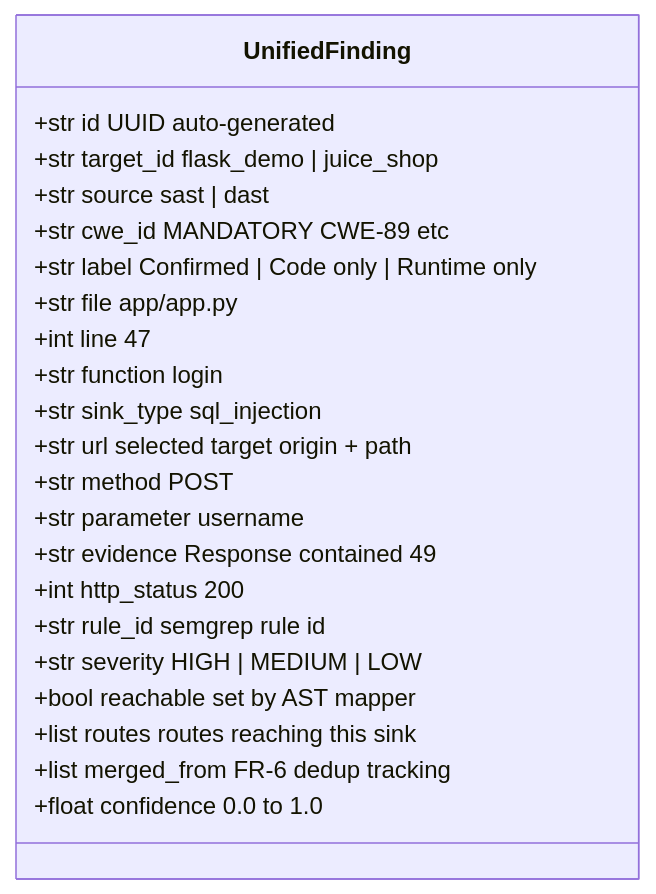
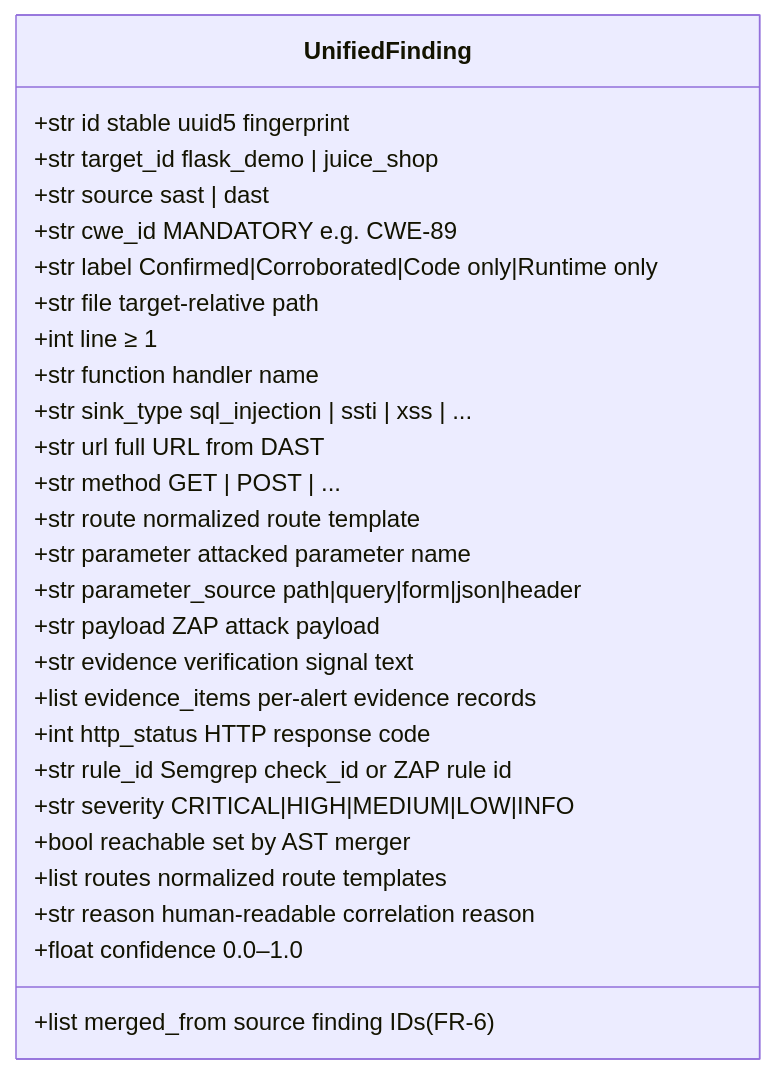
One commit to Halcyora/mitigata changed diagram 18 of 23 in HACKATHON/docs/P06-Architecture.md. Above: the diagram before and after it, drawn with Mermaid. The commit also changed other lines of this file and 1 other file, not shown here.

Commit message:
feat: Update architecture documentation with new scan manager and compliance mapping details

````diff
--- a/HACKATHON/docs/P06-Architecture.md
+++ b/HACKATHON/docs/P06-Architecture.md
@@ -611,25 +640,30 @@
 ```mermaid
 classDiagram
     class UnifiedFinding {
-        +str id  UUID auto-generated
+        +str id  stable uuid5 fingerprint
         +str target_id  flask_demo | juice_shop
         +str source  sast | dast
-        +str cwe_id  MANDATORY CWE-89 etc
-        +str label  Confirmed | Code only | Runtime only
-        +str file  app/app.py
-        +int line  47
-        +str function  login
-        +str sink_type  sql_injection
-        +str url  selected target origin + path
-        +str method  POST
-        +str parameter  username
-        +str evidence  Response contained 49
-        +int http_status  200
-        +str rule_id  semgrep rule id
-        +str severity  HIGH | MEDIUM | LOW
-        +bool reachable  set by AST mapper
-        +list routes  routes reaching this sink
-        +list merged_from  FR-6 dedup tracking
-        +float confidence  0.0 to 1.0
+        +str cwe_id  MANDATORY e.g. CWE-89
+        +str label  Confirmed|Corroborated|Code only|Runtime only
+        +str file  target-relative path
+        +int line  ≥ 1
+        +str function  handler name
+        +str sink_type  sql_injection | ssti | xss | ...
+        +str url  full URL from DAST
+        +str method  GET | POST | ...
+        +str route  normalized route template
+        +str parameter  attacked parameter name
+        +str parameter_source  path|query|form|json|header
+        +str payload  ZAP attack payload
+        +str evidence  verification signal text
+        +list evidence_items  per-alert evidence records
+        +int http_status  HTTP response code
+        +str rule_id  Semgrep check_id or ZAP rule id
+        +str severity  CRITICAL|HIGH|MEDIUM|LOW|INFO
+        +bool reachable  set by AST merger
+        +list routes  normalized route templates
+        +list merged_from  source finding IDs (FR-6)
+        +str reason  human-readable correlation reason
+        +float confidence  0.0–1.0
     }
 ```
````
